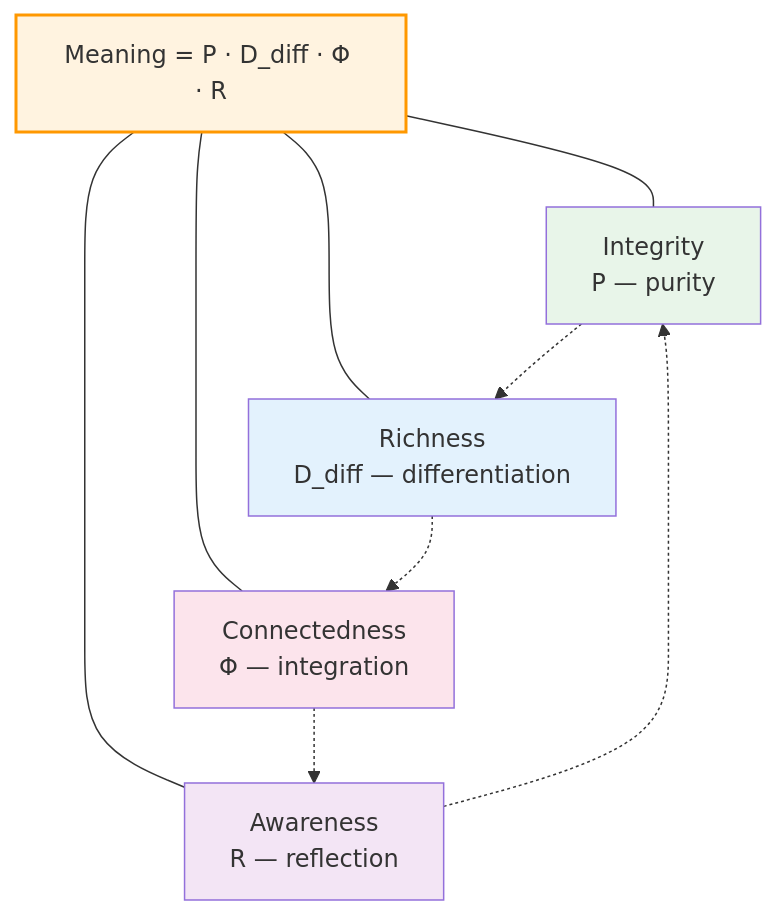
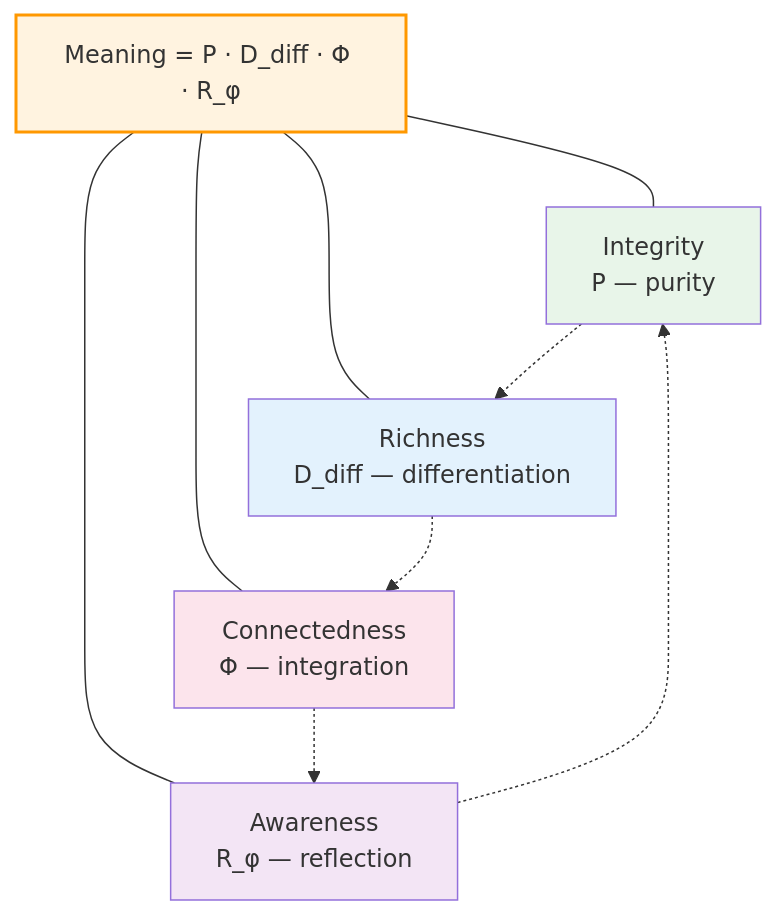
The first of 2 diagrams in website/docs/consciousness/ethics-meaning/meaning.md (gst-st/uhm), drawn with Mermaid before and after one commit. The commit also changed other lines of this file and 55 other files, not shown here.

````diff
--- a/website/docs/consciousness/ethics-meaning/meaning.md
+++ b/website/docs/consciousness/ethics-meaning/meaning.md
@@ -178,24 +182,24 @@
 ```mermaid
 graph TD
-    M["Meaning = P · D_diff · Φ · R"]
+    M["Meaning = P · D_diff · Φ · R_φ"]
     P["Integrity<br/>P — purity"]
     D["Richness<br/>D_diff — differentiation"]
     PHI["Connectedness<br/>Φ — integration"]
-    R["Awareness<br/>R — reflection"]
+    R["Awareness<br/>R_φ — reflection"]
 
     M --- P
     M --- D
     M --- PHI
     M --- R
 
     P -.-> D
     D -.-> PHI
     PHI -.-> R
     R -.-> P
 
     style M fill:#fff3e0,stroke:#ff9800,stroke-width:2px
     style P fill:#e8f5e9
     style D fill:#e3f2fd
     style PHI fill:#fce4ec
     style R fill:#f3e5f5
 ```
````
